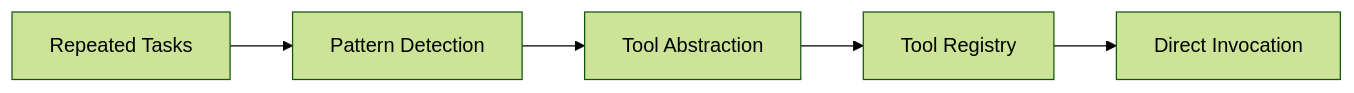
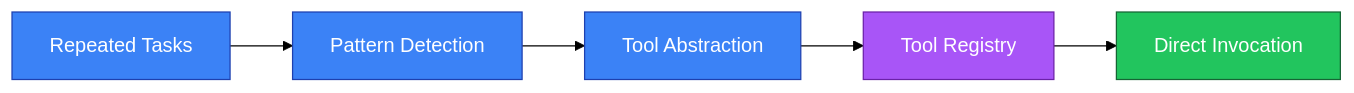
One commit to DevastatingRPG/toolforge-ssv changed the first of 6 diagrams in README.md. Above: the diagram before and after it, drawn with Mermaid (forest theme). The commit also changed other lines of this file and 1 other file, not shown here.

````diff
--- a/README.md
+++ b/README.md
@@ -79,7 +79,11 @@
 ```mermaid
 flowchart LR
-    A[Repeated Tasks] --> B[Pattern Detection]
-    B --> C[Tool Abstraction]
-    C --> D[Tool Registry]
-    D --> E[Direct Invocation]
+    A[Repeated Tasks]:::process --> B[Pattern Detection]:::process
+    B --> C[Tool Abstraction]:::process
+    C --> D[Tool Registry]:::data
+    D --> E[Direct Invocation]:::success
+
+    classDef process fill:#3b82f6,color:#fff,stroke:#1e40af
+    classDef success fill:#22c55e,color:#fff,stroke:#166534
+    classDef data fill:#a855f7,color:#fff,stroke:#6b21a8
 ```
````
